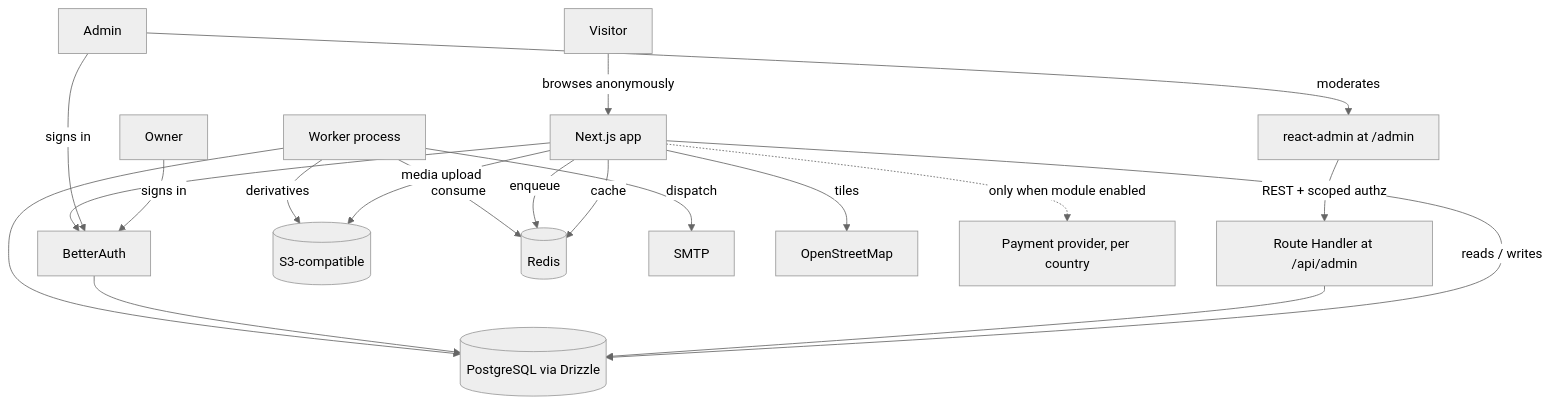
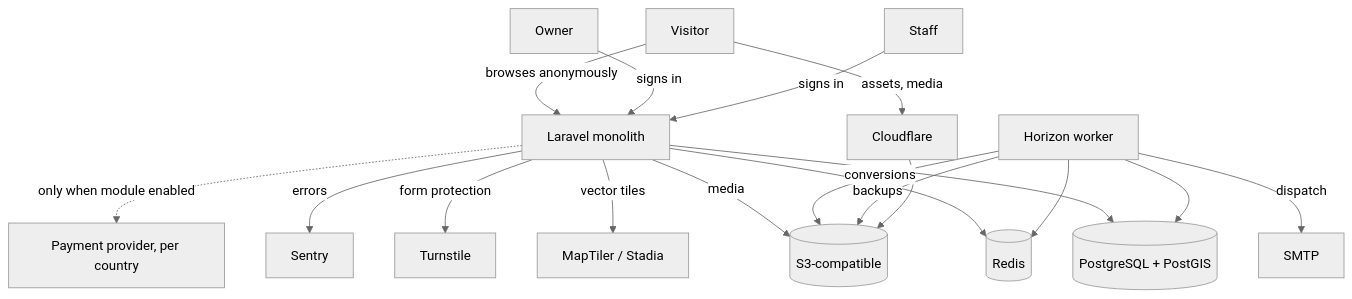
The diagram in .design/main/specifications/l2-third-party-integrations.md (teratron/booking), drawn with Mermaid (neutral theme) before and after one commit. The commit also changed other lines of this file and 290 other files, not shown here.

````diff
--- a/.design/main/specifications/l2-third-party-integrations.md
+++ b/.design/main/specifications/l2-third-party-integrations.md
@@ -265,21 +190,20 @@
 ```mermaid
 graph TD
-    Visitor -->|browses anonymously| Web[Next.js app]
-    Owner -->|signs in| BetterAuth
-    Admin -->|signs in| BetterAuth
-    Web --> BetterAuth
-    Admin -->|moderates| ReactAdmin[react-admin at /admin]
-    ReactAdmin -->|REST + scoped authz| AdminApi[Route Handler at /api/admin]
-    Web -->|media upload| Storage[(S3-compatible)]
-    Web -->|reads / writes| Postgres[(PostgreSQL via Drizzle)]
-    AdminApi --> Postgres
-    BetterAuth --> Postgres
-    Web -->|cache| Redis[(Redis)]
-    Web -->|enqueue| Redis
-    Worker[Worker process] -->|consume| Redis
+    Visitor -->|browses anonymously| App[Laravel monolith]
+    Owner -->|signs in| App
+    Staff -->|signs in| App
+    App --> Postgres[(PostgreSQL + PostGIS)]
+    App --> Redis[(Redis)]
+    App -->|media| Storage[(S3-compatible)]
+    Worker[Horizon worker] --> Redis
     Worker --> Postgres
-    Worker -->|dispatch| Mail[SMTP]
-    Worker -->|derivatives| Storage
-    Web -->|tiles| OSM[OpenStreetMap]
-    Web -.->|only when module enabled| Payment[Payment provider, per country]
+    Worker -->|dispatch| SMTP
+    Worker -->|conversions| Storage
+    Worker -->|backups| Storage
+    Visitor -->|assets, media| CDN[Cloudflare]
+    CDN --> Storage
+    App -->|vector tiles| Tiles[MapTiler / Stadia]
+    App -->|form protection| Turnstile
+    App -->|errors| Sentry
+    App -.->|only when module enabled| Payment[Payment provider, per country]
 ```
````
